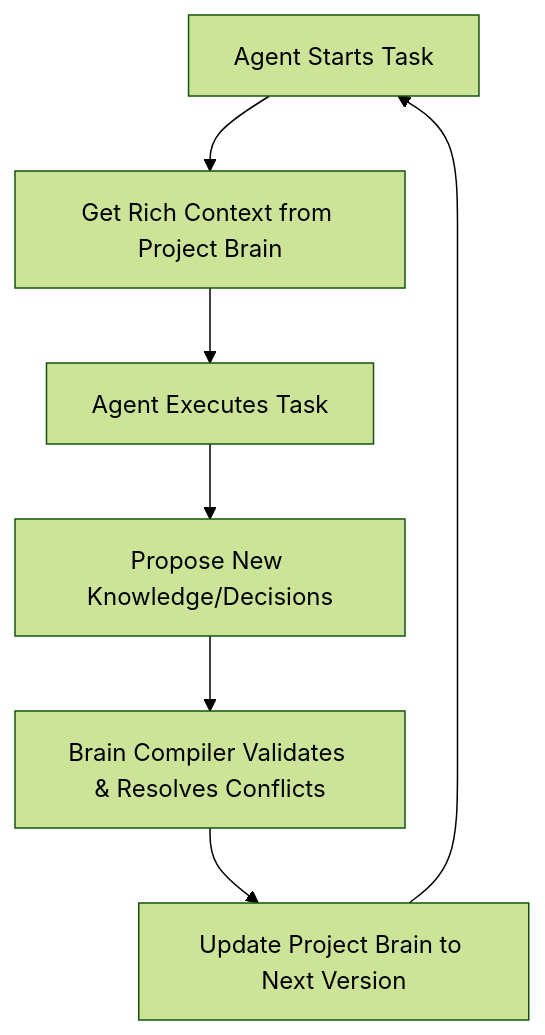
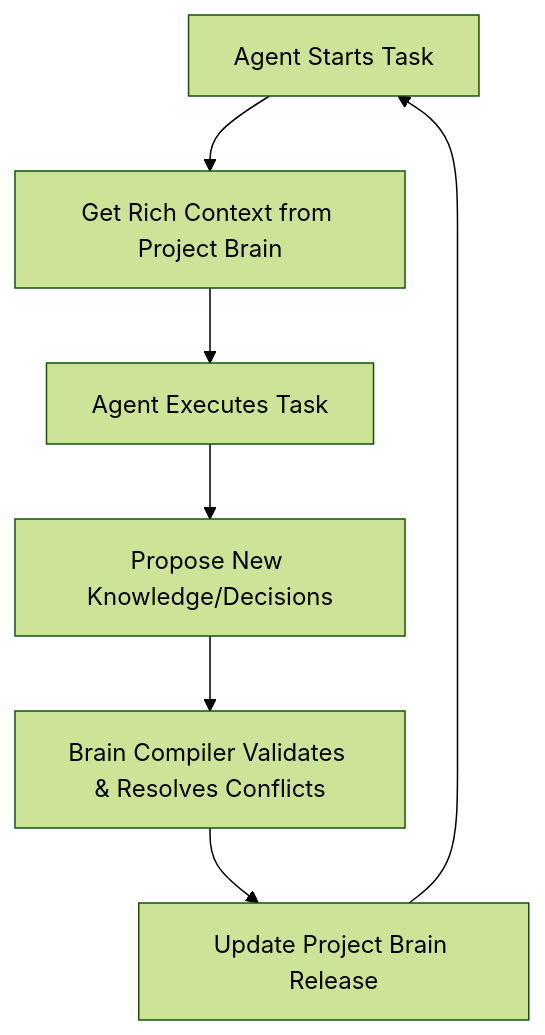
One commit to jayasukuv11-beep/agenthelm changed the diagram in README.md. Above: the diagram before and after it, drawn with Mermaid (forest theme). The commit also changed other lines of this file, not shown here.

````diff
--- a/README.md
+++ b/README.md
@@ -24,9 +23,9 @@
 ```mermaid
 graph TD
     A[Agent Starts Task] --> B[Get Rich Context from Project Brain]
     B --> C[Agent Executes Task]
     C --> D[Propose New Knowledge/Decisions]
     D --> E[Brain Compiler Validates & Resolves Conflicts]
-    E --> F[Update Project Brain to Next Version]
+    E --> F[Update Project Brain Release]
     F --> A
 ```
````
